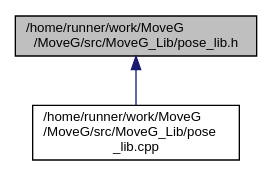
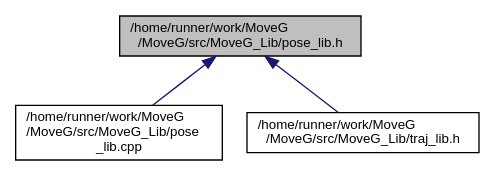
Before and after one commit to GiorgioMedico/MoveG: the diagram in pose__lib_8h__dep__incl.dot, drawn with Graphviz. The commit also changed 52 other files, not shown here.

```diff
--- a/pose__lib_8h__dep__incl.dot
+++ b/pose__lib_8h__dep__incl.dot
@@ -1,9 +1,11 @@
 digraph "/home/runner/work/MoveG/MoveG/src/MoveG_Lib/pose_lib.h"
 {
  // LATEX_PDF_SIZE
   edge [fontname="Helvetica",fontsize="10",labelfontname="Helvetica",labelfontsize="10"];
   node [fontname="Helvetica",fontsize="10",shape=record];
   Node1 [label="/home/runner/work/MoveG\l/MoveG/src/MoveG_Lib/pose_lib.h",height=0.2,width=0.4,color="black", fillcolor="grey75", style="filled", fontcolor="black",tooltip="Classe per la rappresentazione di Pose."];
   Node1 -> Node2 [dir="back",color="midnightblue",fontsize="10",style="solid",fontname="Helvetica"];
   Node2 [label="/home/runner/work/MoveG\l/MoveG/src/MoveG_Lib/pose\l_lib.cpp",height=0.2,width=0.4,color="black", fillcolor="white", style="filled",URL="$pose__lib_8cpp.html",tooltip="Classe per la rappresentazione di Pose."];
+  Node1 -> Node3 [dir="back",color="midnightblue",fontsize="10",style="solid",fontname="Helvetica"];
+  Node3 [label="/home/runner/work/MoveG\l/MoveG/src/MoveG_Lib/traj_lib.h",height=0.2,width=0.4,color="black", fillcolor="white", style="filled",URL="$traj__lib_8h.html",tooltip="Classe per la rappresentazione di Traiettorie."];
 }
```
